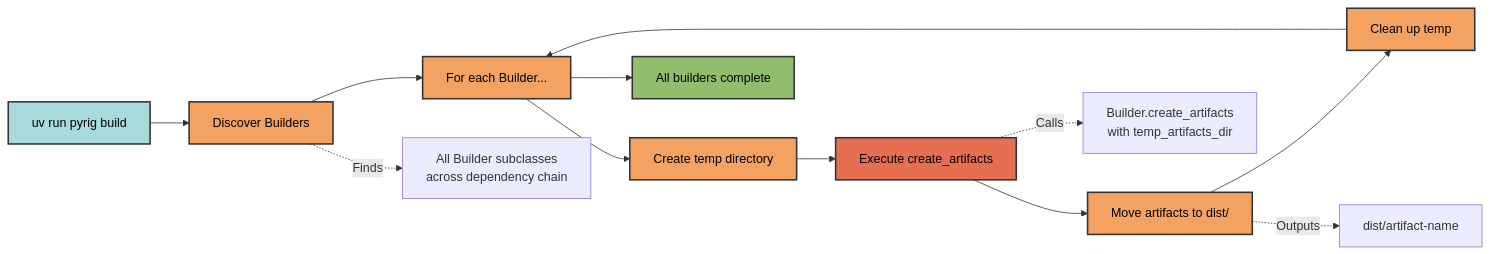
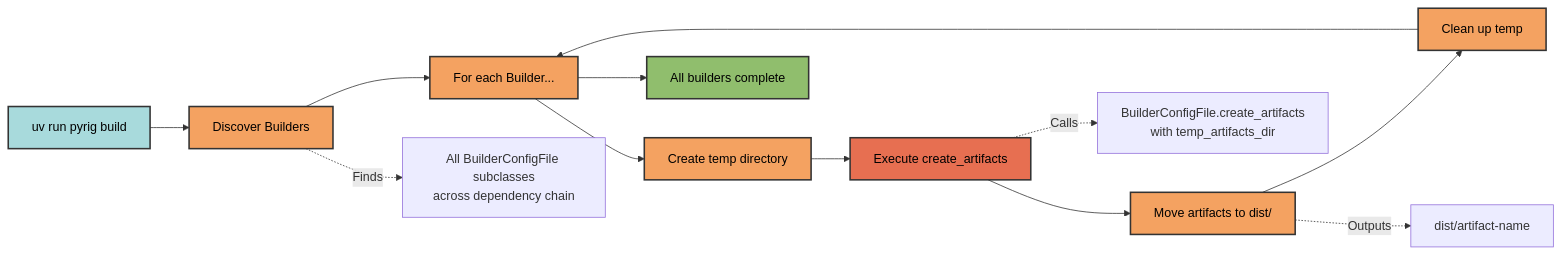
One commit to Winipedia/pyrig changed the diagram in docs/builders/index.md. Above: the diagram before and after it, drawn with Mermaid. The commit also changed other lines of this file and 55 other files, not shown here.

````diff
--- a/docs/builders/index.md
+++ b/docs/builders/index.md
@@ -40,24 +40,28 @@
 ```mermaid
 graph LR
     A[uv run pyrig build] --> B[Discover Builders]
     B --> C[For each Builder...]
     C --> D[Create temp directory]
     D --> E[Execute create_artifacts]
     E --> F[Move artifacts to dist/]
     F --> G[Clean up temp]
     G --> C
     C --> H[All builders complete]
 
-    B -.->|Finds| B1[All Builder subclasses<br/>across dependency chain]
-    E -.->|Calls| E1[Builder.create_artifacts<br/>with temp_artifacts_dir]
+    B -.->|Finds| B1[
+        All BuilderConfigFile subclasses<br/>across dependency chain
+    ]
+    E -.->|Calls| E1[
+        BuilderConfigFile.create_artifacts<br/>with temp_artifacts_dir
+    ]
     F -.->|Outputs| F1[dist/artifact-name]
 
     style A fill:#a8dadc,stroke:#333,stroke-width:2px,color:#000
     style B fill:#f4a261,stroke:#333,stroke-width:2px,color:#000
     style C fill:#f4a261,stroke:#333,stroke-width:2px,color:#000
     style D fill:#f4a261,stroke:#333,stroke-width:2px,color:#000
     style E fill:#e76f51,stroke:#333,stroke-width:2px,color:#000
     style F fill:#f4a261,stroke:#333,stroke-width:2px,color:#000
     style G fill:#f4a261,stroke:#333,stroke-width:2px,color:#000
     style H fill:#90be6d,stroke:#333,stroke-width:2px,color:#000
 ```
````
